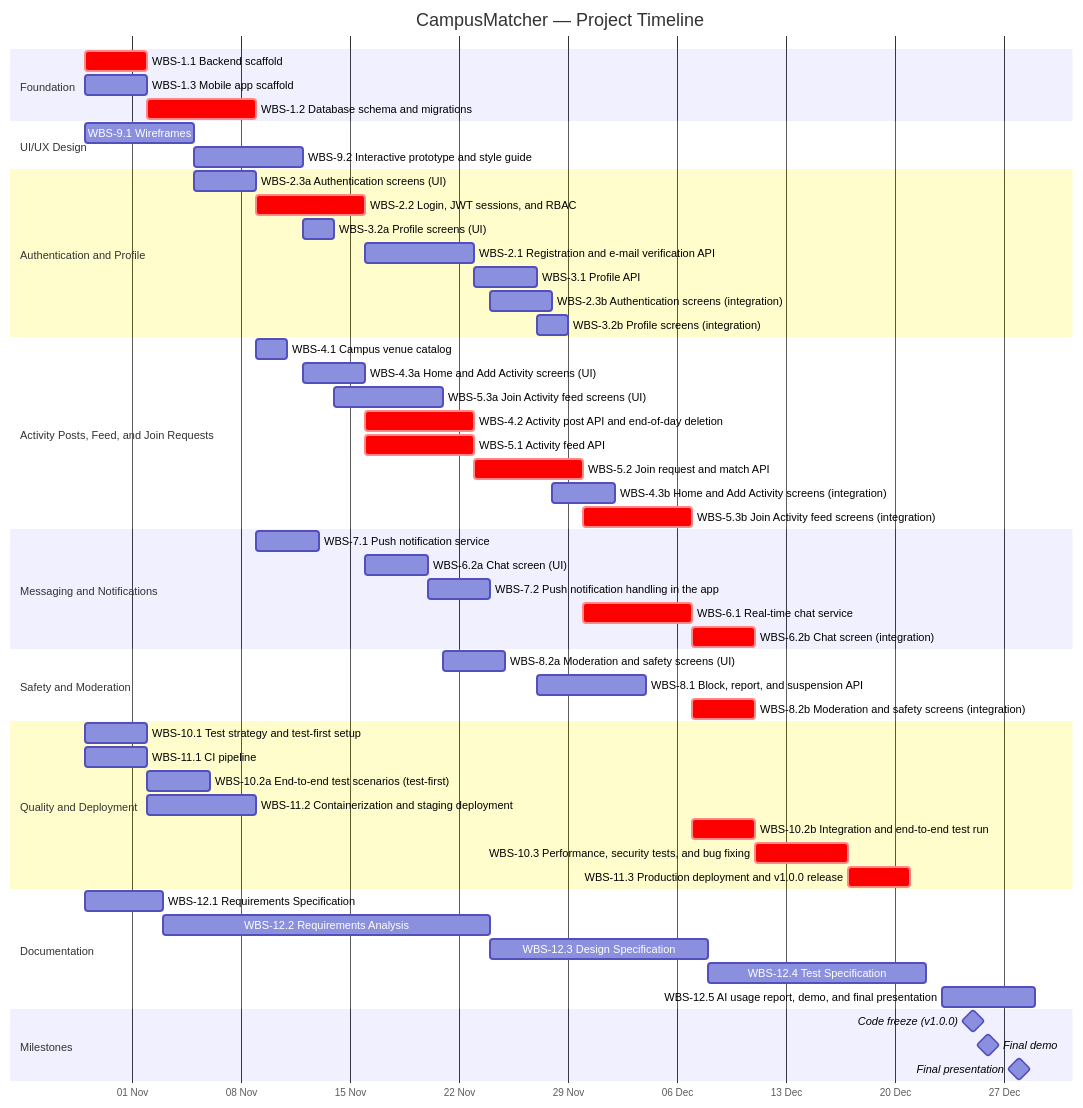
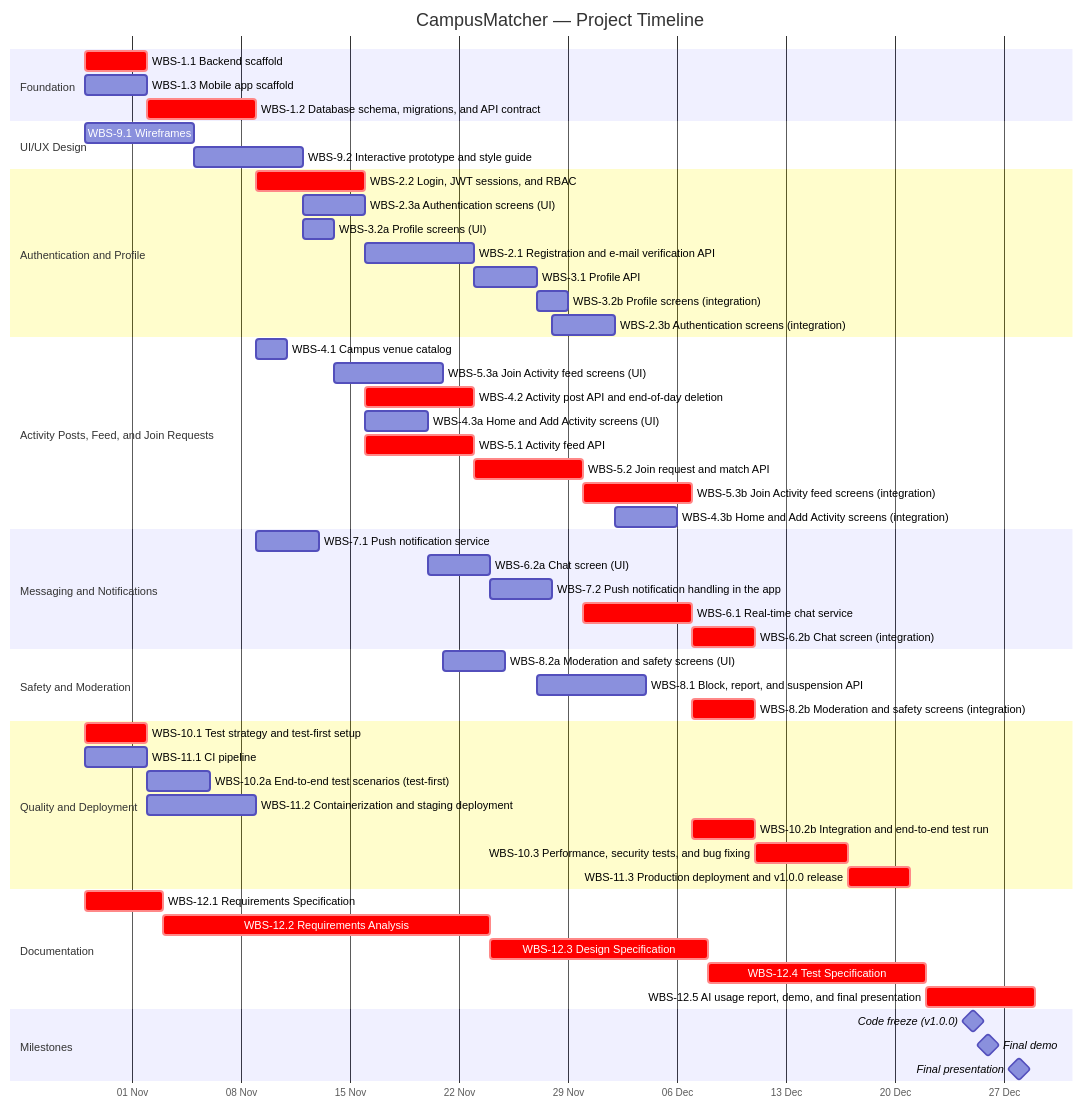
The second of 2 diagrams in docs/ProjectPlan.md (DurukanEnes/campus-matcher), drawn with Mermaid before and after one commit. The commit also changed other lines of this file, not shown here.

````diff
--- a/docs/ProjectPlan.md
+++ b/docs/ProjectPlan.md
@@ -577,58 +613,58 @@
 ```mermaid
 gantt
     title CampusMatcher — Project Timeline
     dateFormat YYYY-MM-DD
     axisFormat %d %b
     section Foundation
     WBS-1.1 Backend scaffold :crit, w1_1, 2026-10-29, 4d
     WBS-1.3 Mobile app scaffold :w1_3, 2026-10-29, 4d
-    WBS-1.2 Database schema and migrations :crit, w1_2, 2026-11-02, 7d
+    WBS-1.2 Database schema, migrations, and API contract :crit, w1_2, 2026-11-02, 7d
     section UI/UX Design
     WBS-9.1 Wireframes :w9_1, 2026-10-29, 7d
     WBS-9.2 Interactive prototype and style guide :w9_2, 2026-11-05, 7d
     section Authentication and Profile
-    WBS-2.3a Authentication screens (UI) :w2_3a, 2026-11-05, 4d
     WBS-2.2 Login, JWT sessions, and RBAC :crit, w2_2, 2026-11-09, 7d
+    WBS-2.3a Authentication screens (UI) :w2_3a, 2026-11-12, 4d
     WBS-3.2a Profile screens (UI) :w3_2a, 2026-11-12, 2d
     WBS-2.1 Registration and e-mail verification API :w2_1, 2026-11-16, 7d
     WBS-3.1 Profile API :w3_1, 2026-11-23, 4d
-    WBS-2.3b Authentication screens (integration) :w2_3b, 2026-11-24, 4d
     WBS-3.2b Profile screens (integration) :w3_2b, 2026-11-27, 2d
+    WBS-2.3b Authentication screens (integration) :w2_3b, 2026-11-28, 4d
     section Activity Posts, Feed, and Join Requests
     WBS-4.1 Campus venue catalog :w4_1, 2026-11-09, 2d
-    WBS-4.3a Home and Add Activity screens (UI) :w4_3a, 2026-11-12, 4d
     WBS-5.3a Join Activity feed screens (UI) :w5_3a, 2026-11-14, 7d
     WBS-4.2 Activity post API and end-of-day deletion :crit, w4_2, 2026-11-16, 7d
+    WBS-4.3a Home and Add Activity screens (UI) :w4_3a, 2026-11-16, 4d
     WBS-5.1 Activity feed API :crit, w5_1, 2026-11-16, 7d
     WBS-5.2 Join request and match API :crit, w5_2, 2026-11-23, 7d
-    WBS-4.3b Home and Add Activity screens (integration) :w4_3b, 2026-11-28, 4d
     WBS-5.3b Join Activity feed screens (integration) :crit, w5_3b, 2026-11-30, 7d
+    WBS-4.3b Home and Add Activity screens (integration) :w4_3b, 2026-12-02, 4d
     section Messaging and Notifications
     WBS-7.1 Push notification service :w7_1, 2026-11-09, 4d
-    WBS-6.2a Chat screen (UI) :w6_2a, 2026-11-16, 4d
-    WBS-7.2 Push notification handling in the app :w7_2, 2026-11-20, 4d
+    WBS-6.2a Chat screen (UI) :w6_2a, 2026-11-20, 4d
+    WBS-7.2 Push notification handling in the app :w7_2, 2026-11-24, 4d
     WBS-6.1 Real-time chat service :crit, w6_1, 2026-11-30, 7d
     WBS-6.2b Chat screen (integration) :crit, w6_2b, 2026-12-07, 4d
     section Safety and Moderation
     WBS-8.2a Moderation and safety screens (UI) :w8_2a, 2026-11-21, 4d
     WBS-8.1 Block, report, and suspension API :w8_1, 2026-11-27, 7d
     WBS-8.2b Moderation and safety screens (integration) :crit, w8_2b, 2026-12-07, 4d
     section Quality and Deployment
-    WBS-10.1 Test strategy and test-first setup :w10_1, 2026-10-29, 4d
+    WBS-10.1 Test strategy and test-first setup :crit, w10_1, 2026-10-29, 4d
     WBS-11.1 CI pipeline :w11_1, 2026-10-29, 4d
     WBS-10.2a End-to-end test scenarios (test-first) :w10_2a, 2026-11-02, 4d
     WBS-11.2 Containerization and staging deployment :w11_2, 2026-11-02, 7d
     WBS-10.2b Integration and end-to-end test run :crit, w10_2b, 2026-12-07, 4d
     WBS-10.3 Performance, security tests, and bug fixing :crit, w10_3, 2026-12-11, 6d
     WBS-11.3 Production deployment and v1.0.0 release :crit, w11_3, 2026-12-17, 4d
     section Documentation
-    WBS-12.1 Requirements Specification :d121, 2026-10-29, 5d
-    WBS-12.2 Requirements Analysis :d122, 2026-11-03, 21d
-    WBS-12.3 Design Specification :d123, 2026-11-24, 14d
-    WBS-12.4 Test Specification :d124, 2026-12-08, 14d
-    WBS-12.5 AI usage report, demo, and final presentation :d125, 2026-12-23, 6d
+    WBS-12.1 Requirements Specification :crit, d121, 2026-10-29, 5d
+    WBS-12.2 Requirements Analysis :crit, d122, 2026-11-03, 21d
+    WBS-12.3 Design Specification :crit, d123, 2026-11-24, 14d
+    WBS-12.4 Test Specification :crit, d124, 2026-12-08, 14d
+    WBS-12.5 AI usage report, demo, and final presentation :crit, d125, 2026-12-22, 7d
     section Milestones
     Code freeze (v1.0.0) :milestone, m1, 2026-12-25, 0d
     Final demo :milestone, m2, 2026-12-26, 0d
     Final presentation :milestone, m3, 2026-12-28, 0d
 ```
````
